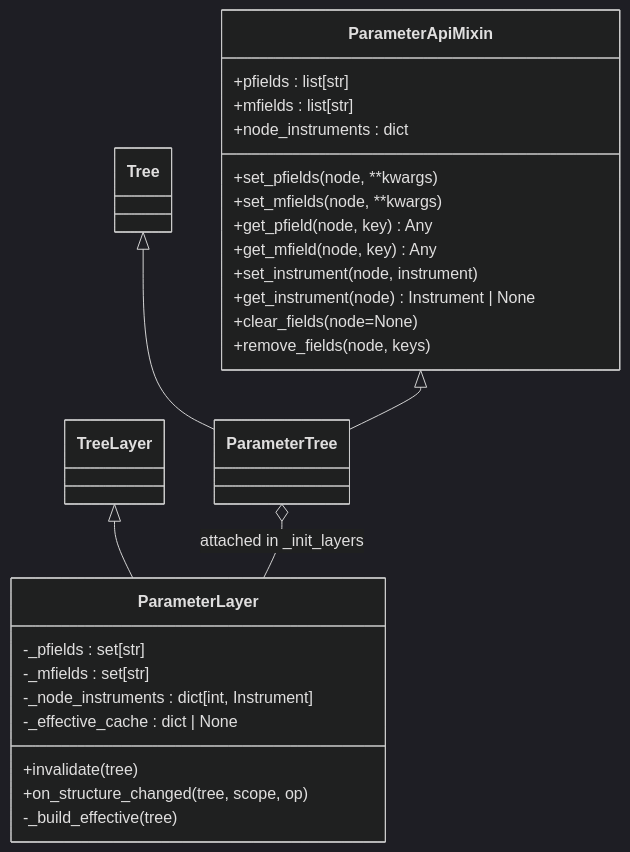
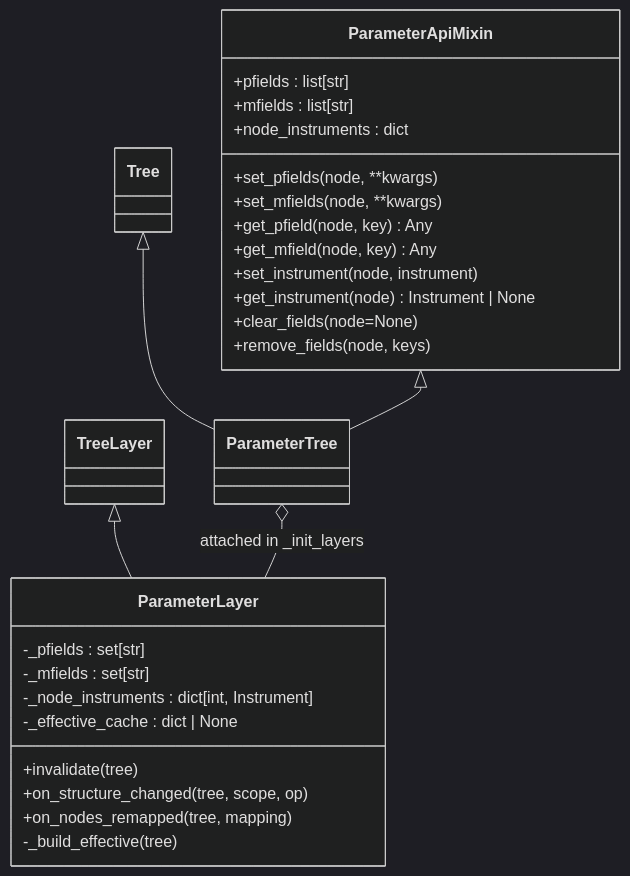
Before and after one commit to kr4g/Klotho: the third of 9 diagrams in docs/architecture/05_THETOS.md, drawn with Mermaid (dark theme). The commit also changed other lines of this file and 5 other files, not shown here.

First line of the commit message:
docs: the architecture caught up with the four fix commits

````diff
--- a/docs/architecture/05_THETOS.md
+++ b/docs/architecture/05_THETOS.md
@@ -150,32 +150,33 @@
 ```mermaid
 classDiagram
     Tree <|-- ParameterTree
     ParameterApiMixin <|-- ParameterTree
     TreeLayer <|-- ParameterLayer
 
     class ParameterLayer {
         -_pfields : set[str]
         -_mfields : set[str]
         -_node_instruments : dict[int, Instrument]
         -_effective_cache : dict | None
         +invalidate(tree)
         +on_structure_changed(tree, scope, op)
+        +on_nodes_remapped(tree, mapping)
         -_build_effective(tree)
     }
 
     class ParameterApiMixin {
         +pfields : list[str]
         +mfields : list[str]
         +node_instruments : dict
         +set_pfields(node, **kwargs)
         +set_mfields(node, **kwargs)
         +get_pfield(node, key) Any
         +get_mfield(node, key) Any
         +set_instrument(node, instrument)
         +get_instrument(node) Instrument | None
         +clear_fields(node=None)
         +remove_fields(node, keys)
     }
 
     ParameterTree o-- ParameterLayer : attached in _init_layers
 ```
````
